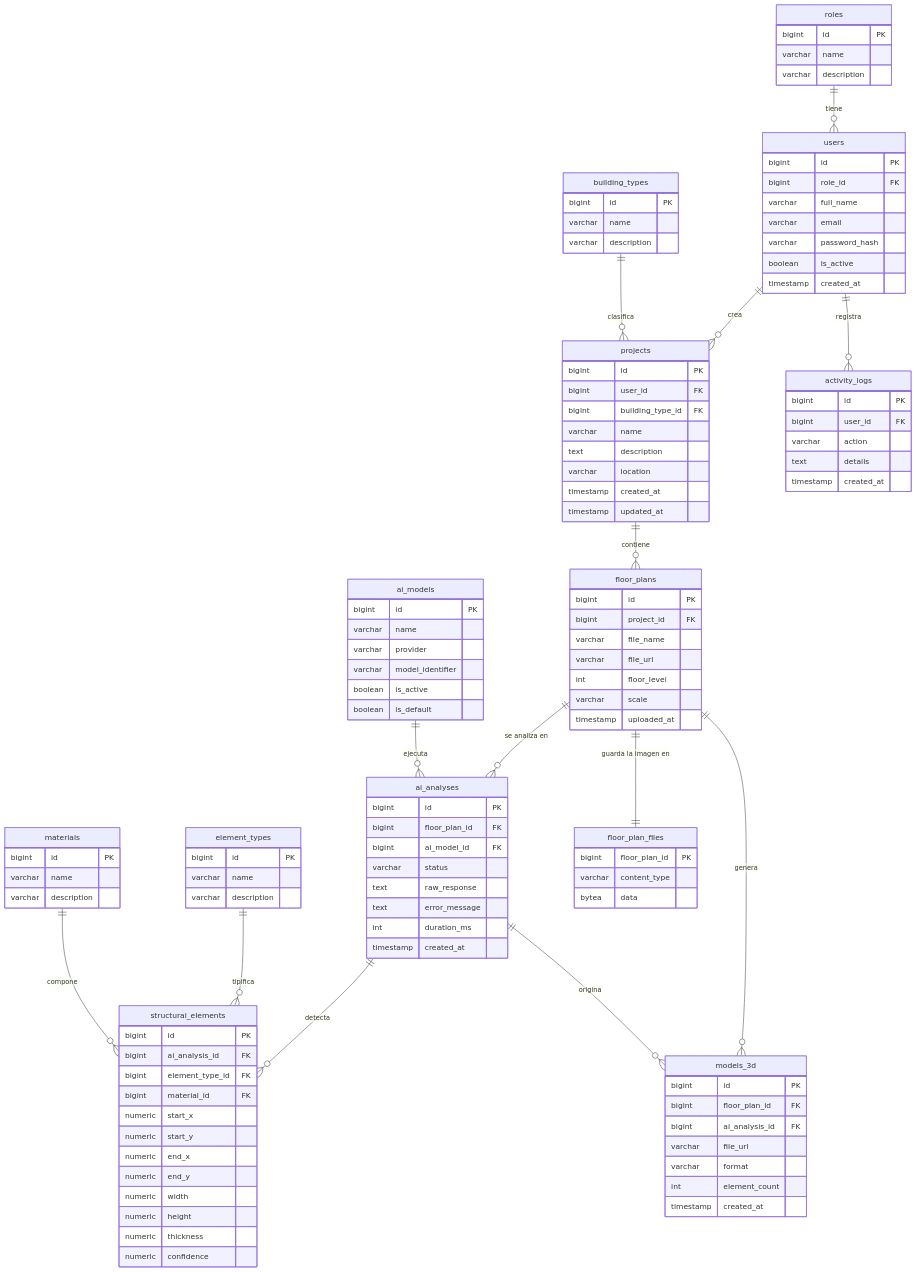
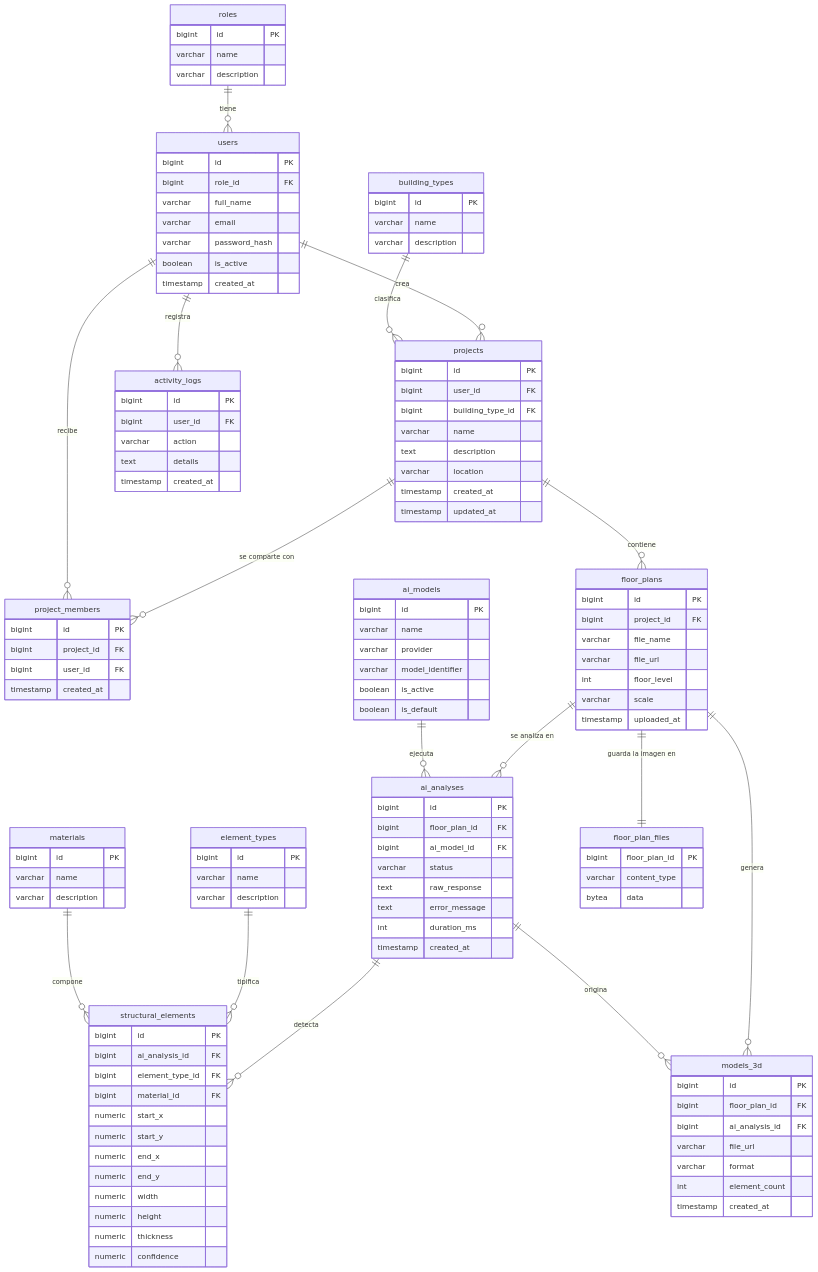
The diagram in README.md (Render-ia/renderia-database), drawn with Mermaid before and after one commit. The commit also changed 4 other files, not shown here.

Commit message:
Add Reviewer and Client roles and project_members table

```diff
--- a/README.md
+++ b/README.md
@@ -20,6 +20,8 @@
 erDiagram
     roles ||--o{ users : "tiene"
     users ||--o{ projects : "crea"
+    projects ||--o{ project_members : "se comparte con"
+    users ||--o{ project_members : "recibe"
     users ||--o{ activity_logs : "registra"
     building_types ||--o{ projects : "clasifica"
     projects ||--o{ floor_plans : "contiene"
@@ -44,6 +46,12 @@
         varchar email
         varchar password_hash
         boolean is_active
+        timestamp created_at
+    }
+    project_members {
+        bigint id PK
+        bigint project_id FK
+        bigint user_id FK
         timestamp created_at
     }
     building_types {
```
